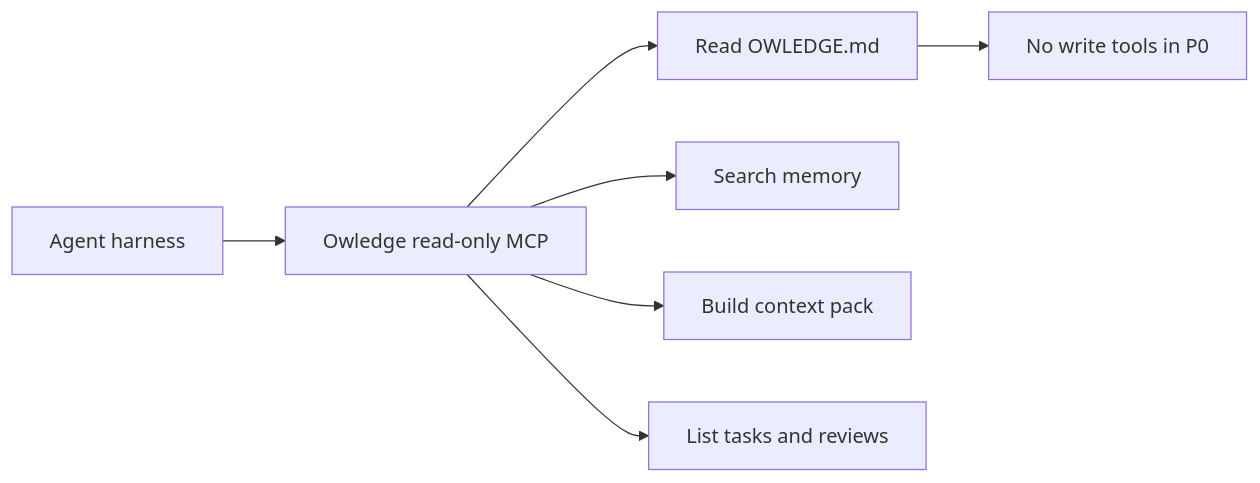
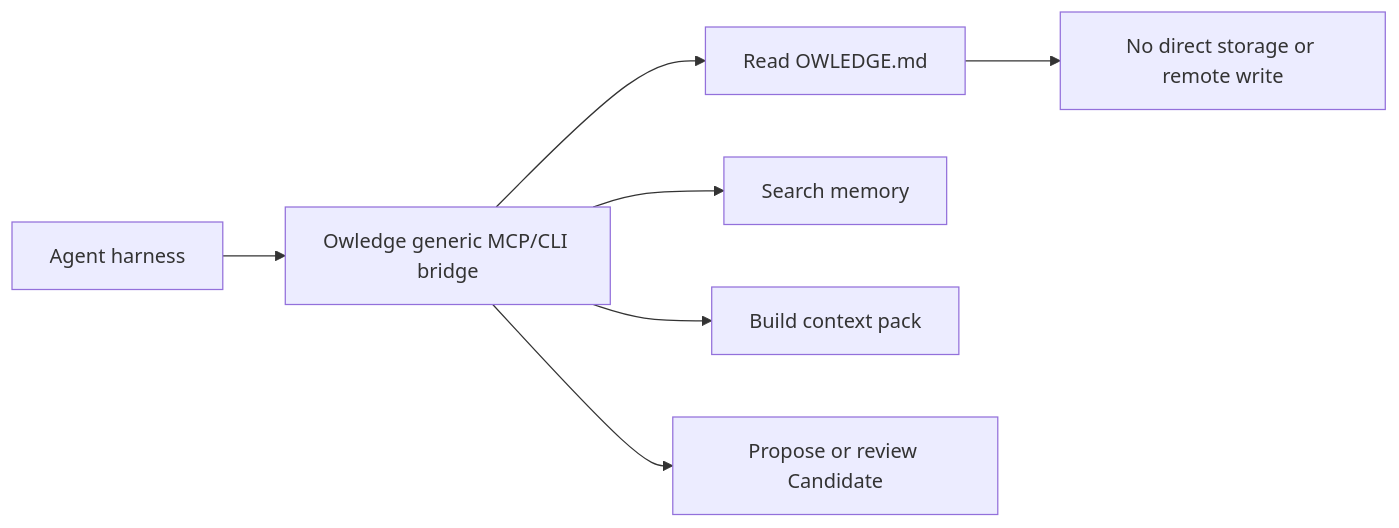
Before and after one commit to elmokirk/owledge: the third of 7 diagrams in README.md, drawn with Mermaid. The commit also changed other lines of this file and 7 other files, not shown here.

````diff
--- a/README.md
+++ b/README.md
@@ -340,9 +346,9 @@
 ```mermaid
 flowchart LR
-    A["Agent harness"] --> B["Owledge read-only MCP"]
+    A["Agent harness"] --> B["Owledge generic MCP/CLI bridge"]
     B --> C["Read OWLEDGE.md"]
     B --> D["Search memory"]
     B --> E["Build context pack"]
-    B --> F["List tasks and reviews"]
-    C --> G["No write tools in P0"]
+    B --> F["Propose or review Candidate"]
+    C --> G["No direct storage or remote write"]
 ```
````
